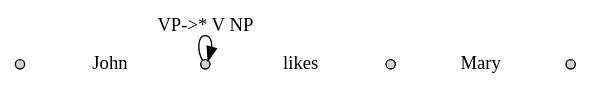
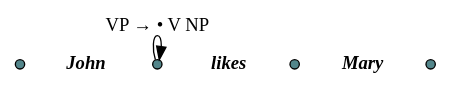
Before and after one commit to nltk/nltk_book: the diagram in images/chart_intro_selfloop.dot, drawn with Graphviz. The commit also changed 29 other files, not shown here.

First line of the commit message:
added HTML entities and LucidaGrande

```diff
--- a/images/chart_intro_selfloop.dot
+++ b/images/chart_intro_selfloop.dot
@@ -1,25 +1,27 @@
 digraph x {
    rankdir=LR;
+   ranksep=0.25;
    
    /* The nodes */
    {
-       node [style=filled,height=0.1,width=0.1];
+       node [style=filled,height=0.1,width=0.1,fillcolor=cadetblue4];
        0 [label=""];
        1 [label=""];
        2 [label=""];
        3 [label=""];
    }
 
    /* The sentence */
    {
        edge [style=invis, weight=100];
-       node [shape=plaintext];
+       node [shape=plaintext,fontname="Times-BoldItalic"];
        0->John->1->likes->2->Mary->3;
    }
    
    /* Edges */
-   {
-       1->1 [label="VP->* V NP"];
+   {       
+       edge [fontname=LucidaGrande];
+       1->1 [label="VP &rarr; &bull; V NP"];
    }
 
 }
```
